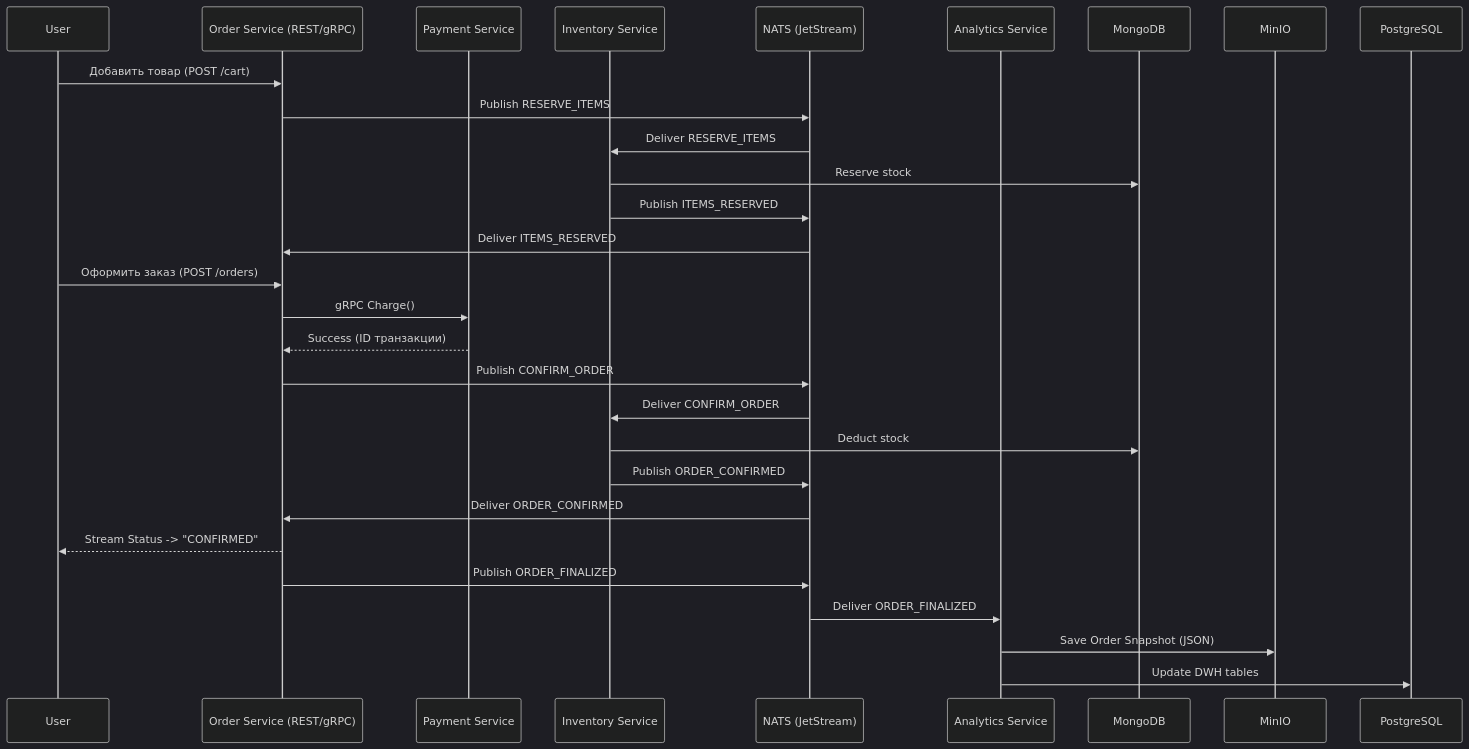
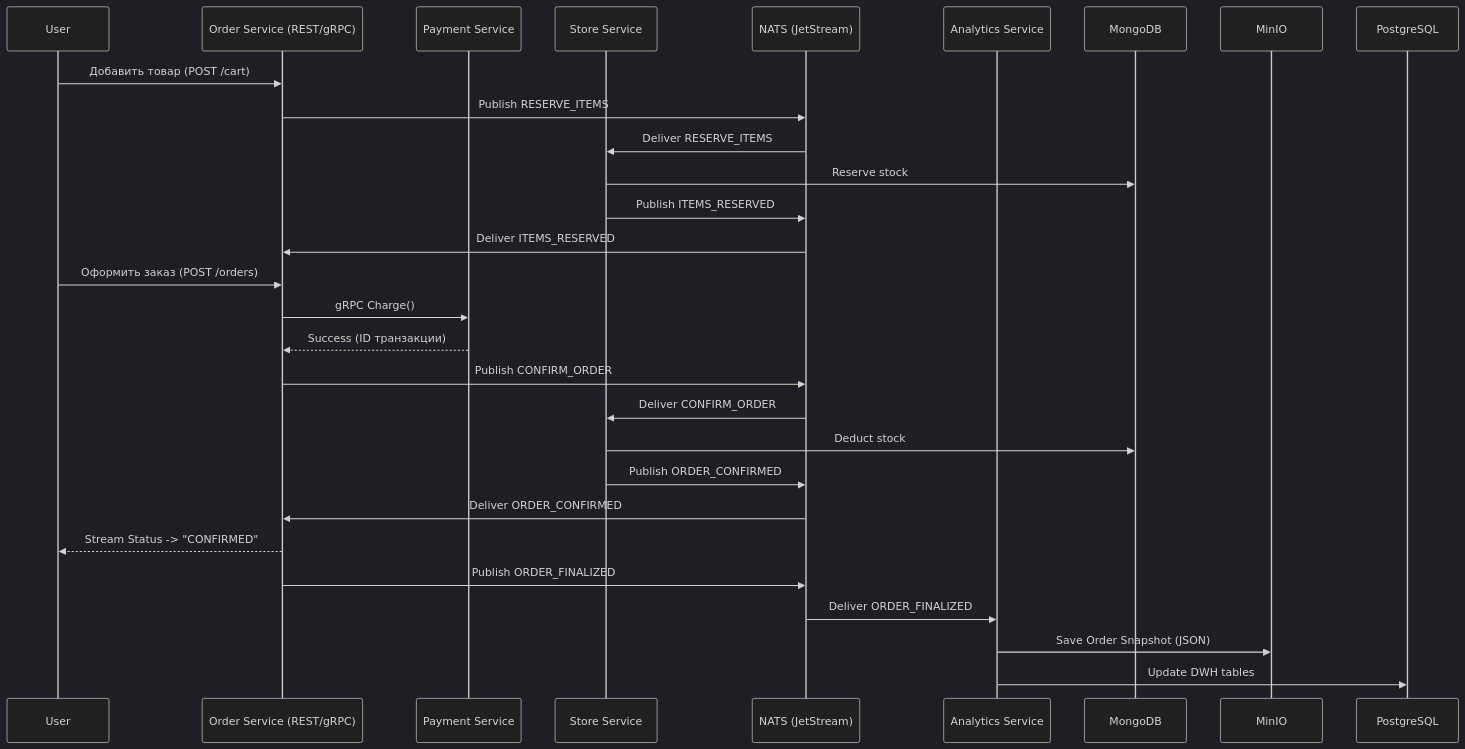
The diagram in docs/DESIGN.md (trb1maker/microservices), drawn with Mermaid (dark theme) before and after one commit. The commit also changed other lines of this file and 16 other files, not shown here.

````diff
--- a/docs/DESIGN.md
+++ b/docs/DESIGN.md
@@ -131,38 +139,38 @@
 ```mermaid
 sequenceDiagram
     participant User
     participant Order as Order Service (REST/gRPC)
     participant Payment as Payment Service
-    participant Inventory as Inventory Service
+    participant Store as Store Service
     participant Broker as NATS (JetStream)
     participant Analytics as Analytics Service
 
     %% Резервирование в корзине
     User->>Order: Добавить товар (POST /cart)
     Order->>Broker: Publish RESERVE_ITEMS
-    Broker->>Inventory: Deliver RESERVE_ITEMS
-    Inventory->>MongoDB: Reserve stock
-    Inventory->>Broker: Publish ITEMS_RESERVED
+    Broker->>Store: Deliver RESERVE_ITEMS
+    Store->>MongoDB: Reserve stock
+    Store->>Broker: Publish ITEMS_RESERVED
     Broker->>Order: Deliver ITEMS_RESERVED
 
     %% Оформление (Синхронный платеж)
     User->>Order: Оформить заказ (POST /orders)
     Order->>Payment: gRPC Charge()
     Payment-->>Order: Success (ID транзакции)
     Order->>Broker: Publish CONFIRM_ORDER
 
     %% Склад (Асинхронный)
-    Broker->>Inventory: Deliver CONFIRM_ORDER
-    Inventory->>MongoDB: Deduct stock
-    Inventory->>Broker: Publish ORDER_CONFIRMED
+    Broker->>Store: Deliver CONFIRM_ORDER
+    Store->>MongoDB: Deduct stock
+    Store->>Broker: Publish ORDER_CONFIRMED
     Broker->>Order: Deliver ORDER_CONFIRMED
 
     %% Финализация (стриминг статуса)
     Order-->>User: Stream Status -> "CONFIRMED"
     Order->>Broker: Publish ORDER_FINALIZED
 
     %% Фоновые сервисы
     Broker->>Analytics: Deliver ORDER_FINALIZED
     Analytics->>MinIO: Save Order Snapshot (JSON)
     Analytics->>PostgreSQL: Update DWH tables
 ```
````
